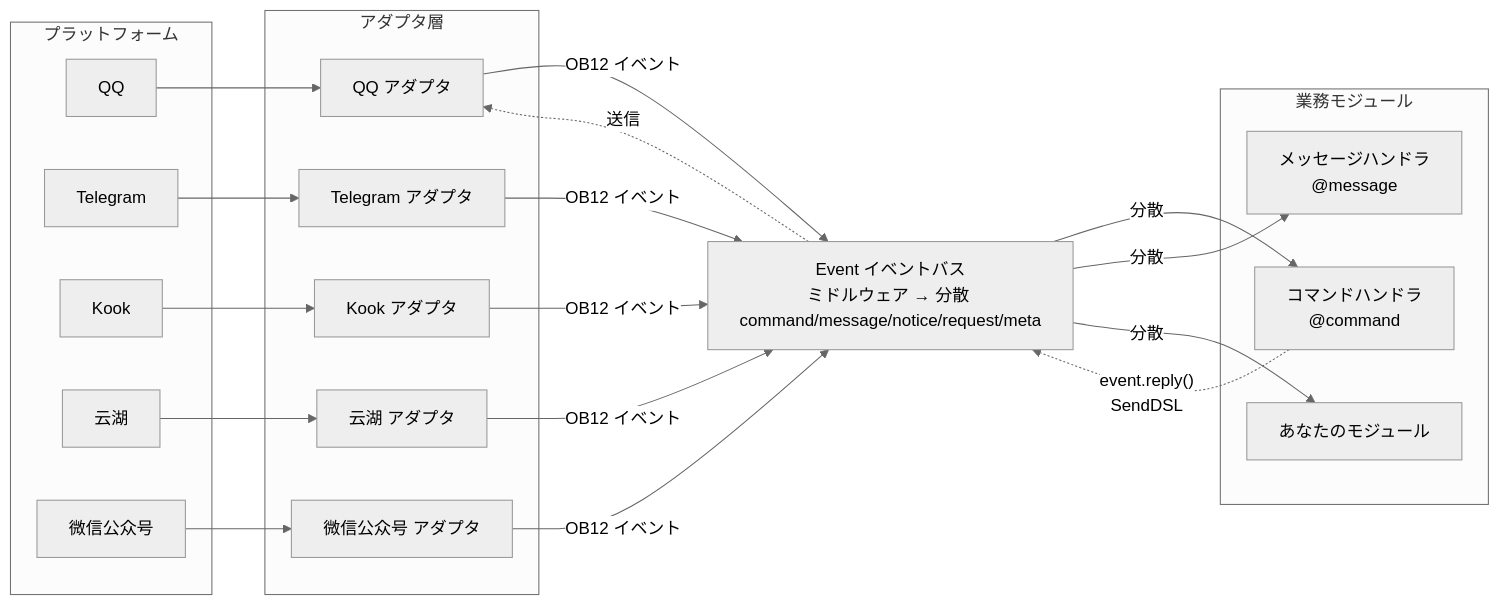
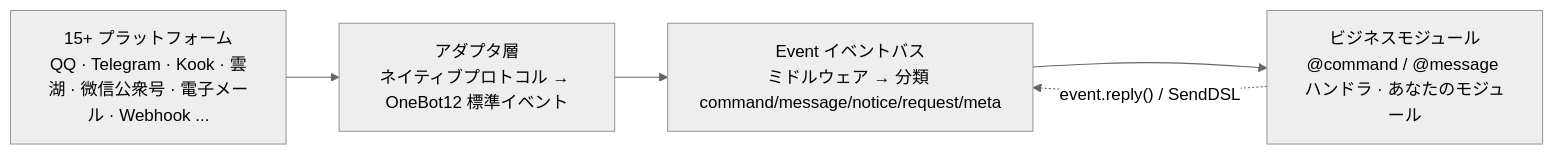
One commit to ErisPulse/ErisPulse changed the first of 2 diagrams in README.ja.md. Above: the diagram before and after it, drawn with Mermaid (neutral theme). The commit also changed other lines of this file and 828 other files, not shown here.

````diff
--- a/README.ja.md
+++ b/README.ja.md
@@ -112,45 +110,9 @@
 ```mermaid
 graph LR
-    subgraph Platforms[プラットフォーム]
-        QQ["QQ"]
-        TG["Telegram"]
-        Kook["Kook"]
-        YH["云湖"]
-        WX["微信公众号"]
-    end
-
-    subgraph Adapters[アダプタ層]
-        A1["QQ アダプタ"]
-        A2["Telegram アダプタ"]
-        A3["Kook アダプタ"]
-        A4["云湖 アダプタ"]
-        A5["微信公众号 アダプタ"]
-    end
-
-    Event["Event イベントバス<br/>ミドルウェア → 分散 command/message/notice/request/meta"]
-
-    subgraph Modules[業務モジュール]
-        M1["コマンドハンドラ<br/>@command"]
-        M2["メッセージハンドラ<br/>@message"]
-        M3["あなたのモジュール"]
-    end
-
-    QQ --> A1
-    TG --> A2
-    Kook --> A3
-    YH --> A4
-    WX --> A5
-
-    A1 -->|"OB12 イベント"| Event
-    A2 -->|"OB12 イベント"| Event
-    A3 -->|"OB12 イベント"| Event
-    A4 -->|"OB12 イベント"| Event
-    A5 -->|"OB12 イベント"| Event
-
-    Event -->|"分散"| M1
-    Event -->|"分散"| M2
-    Event -->|"分散"| M3
-
-    M1 -.->|"event.reply()<br/>SendDSL"| Event
-    Event -.->|"送信"| A1
+    P["15+ プラットフォーム<br/>QQ · Telegram · Kook · 雲湖 · 微信公衆号 · 電子メール · Webhook ..."]
+    A["アダプタ層<br/>ネイティブプロトコル → OneBot12 標準イベント"]
+    Event["Event イベントバス<br/>ミドルウェア → 分類 command/message/notice/request/meta"]
+    M["ビジネスモジュール<br/>@command / @message ハンドラ · あなたのモジュール"]
+    P --> A --> Event --> M
+    M -.->|"event.reply() / SendDSL"| Event
 ```
````
